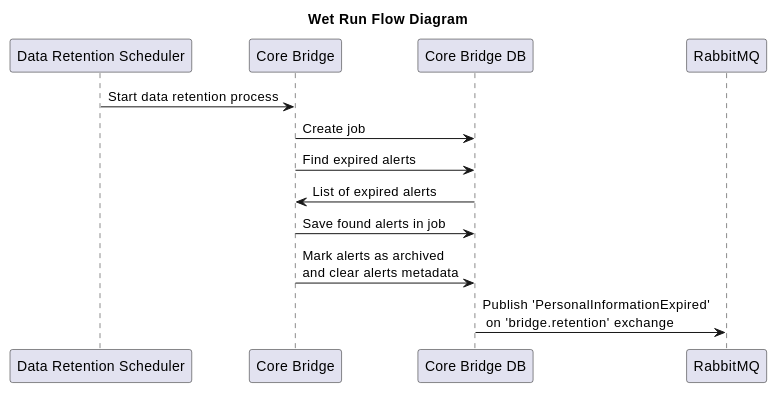
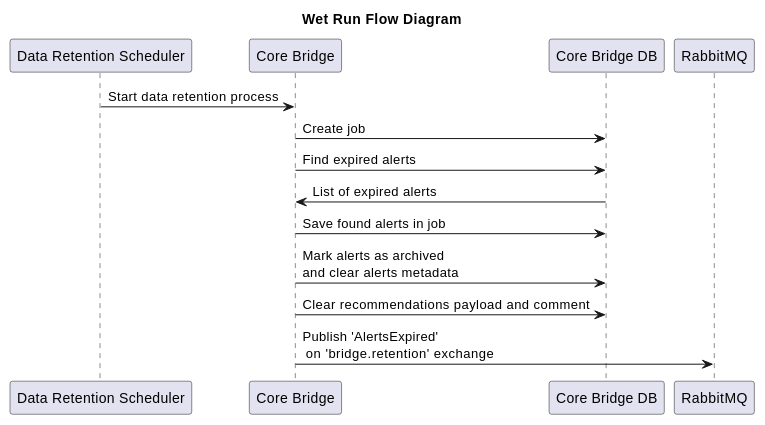
The first of 2 diagrams in modules/core-bridge/docs/data_retention.adoc (ngraczykowski/iris-root), drawn with PlantUML before and after one commit. The commit also changed other lines of this file and 31 other files, not shown here.

First line of the commit message:
INTERNAL: Data retention modes wrapped up into one - alerts expired (ALL-785)

```diff
--- a/modules/core-bridge/docs/data_retention.adoc
+++ b/modules/core-bridge/docs/data_retention.adoc
@@ -48,20 +33,21 @@
 [plantuml,importing-steps,svg]
 -----
 @startuml
 title Wet Run Flow Diagram
 
 participant "Data Retention Scheduler" as sc
 participant "Core Bridge" as cb
 participant "Core Bridge DB" as db
 participant "RabbitMQ" as rm
 
 sc -> cb: Start data retention process
 cb -> db: Create job
 cb -> db: Find expired alerts
 db -> cb: List of expired alerts
 cb -> db: Save found alerts in job
 cb -> db: Mark alerts as archived\nand clear alerts metadata
-db -> rm: Publish 'PersonalInformationExpired'\n on 'bridge.retention' exchange
+cb -> db: Clear recommendations payload and comment
+cb -> rm: Publish 'AlertsExpired'\n on 'bridge.retention' exchange
 
 @enduml
 -----
```
